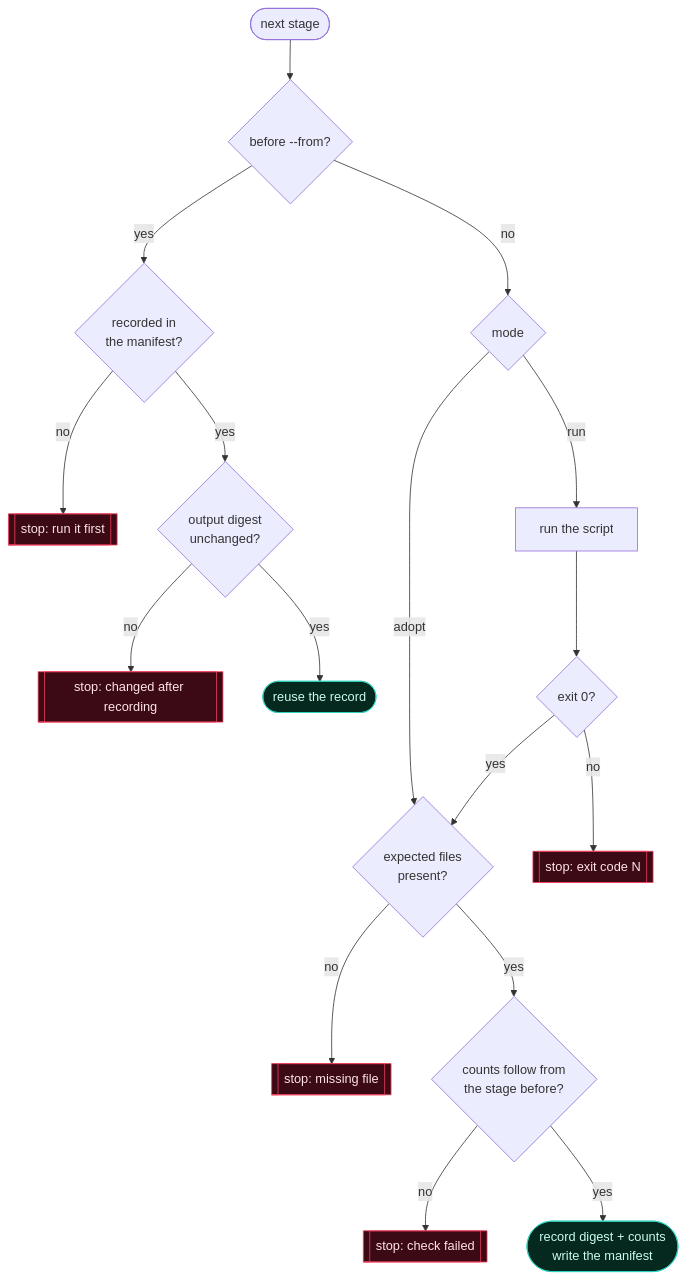
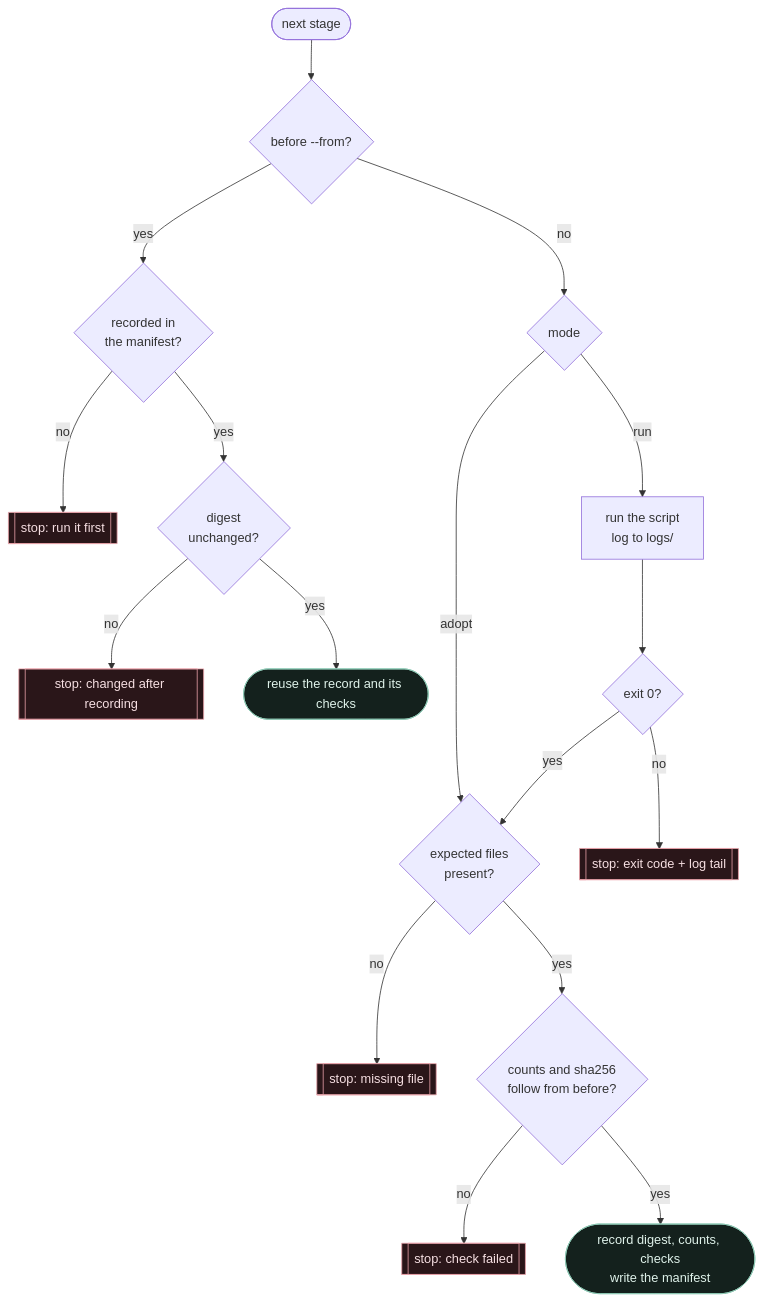
The second of 2 diagrams in teams/01-data-a/pipeline/README.md (TEJASKUMAR-REDDY-J/era-v5-lab), drawn with Mermaid before and after one commit. The commit also changed other lines of this file and 13 other files, not shown here.

````diff
--- a/teams/01-data-a/pipeline/README.md
+++ b/teams/01-data-a/pipeline/README.md
@@ -218,21 +218,21 @@
 ```mermaid
 flowchart TD
   s([next stage]) --> before{"before --from?"}
   before -- yes --> rec{"recorded in<br/>the manifest?"}
   rec -- no --> stop1[["stop: run it first"]]:::bad
-  rec -- yes --> dig{"output digest<br/>unchanged?"}
+  rec -- yes --> dig{"digest<br/>unchanged?"}
   dig -- no --> stop2[["stop: changed after recording"]]:::bad
-  dig -- yes --> reuse([reuse the record]):::good
+  dig -- yes --> reuse([reuse the record and its checks]):::good
   before -- no --> mode{"mode"}
   mode -- adopt --> files{"expected files<br/>present?"}
-  mode -- run --> exec["run the script"] --> rc{"exit 0?"}
-  rc -- no --> stop3[["stop: exit code N"]]:::bad
+  mode -- run --> exec["run the script<br/>log to logs/"] --> rc{"exit 0?"}
+  rc -- no --> stop3[["stop: exit code + log tail"]]:::bad
   rc -- yes --> files
   files -- no --> stop4[["stop: missing file"]]:::bad
-  files -- yes --> chk{"counts follow from<br/>the stage before?"}
+  files -- yes --> chk{"counts and sha256<br/>follow from before?"}
   chk -- no --> stop5[["stop: check failed"]]:::bad
-  chk -- yes --> write([record digest + counts<br/>write the manifest]):::good
+  chk -- yes --> write([record digest, counts, checks<br/>write the manifest]):::good
 
-  classDef bad fill:#3b0a14,stroke:#f43f5e,color:#ffe4e6
-  classDef good fill:#05291f,stroke:#2dd4bf,color:#ccfbf1
+  classDef bad fill:#2a1619,stroke:#e8a0a8,color:#f6dfe2
+  classDef good fill:#14211d,stroke:#8fc9b5,color:#dff2ea
 ```
````
